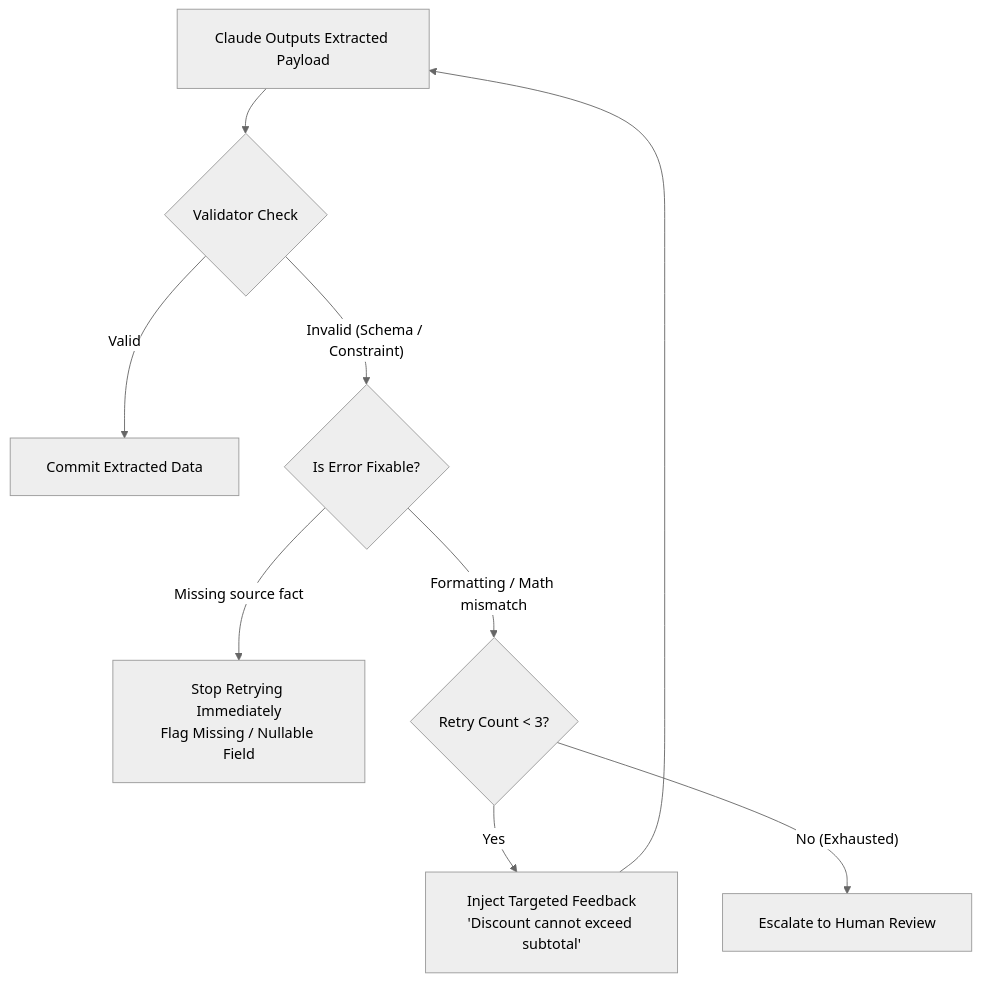
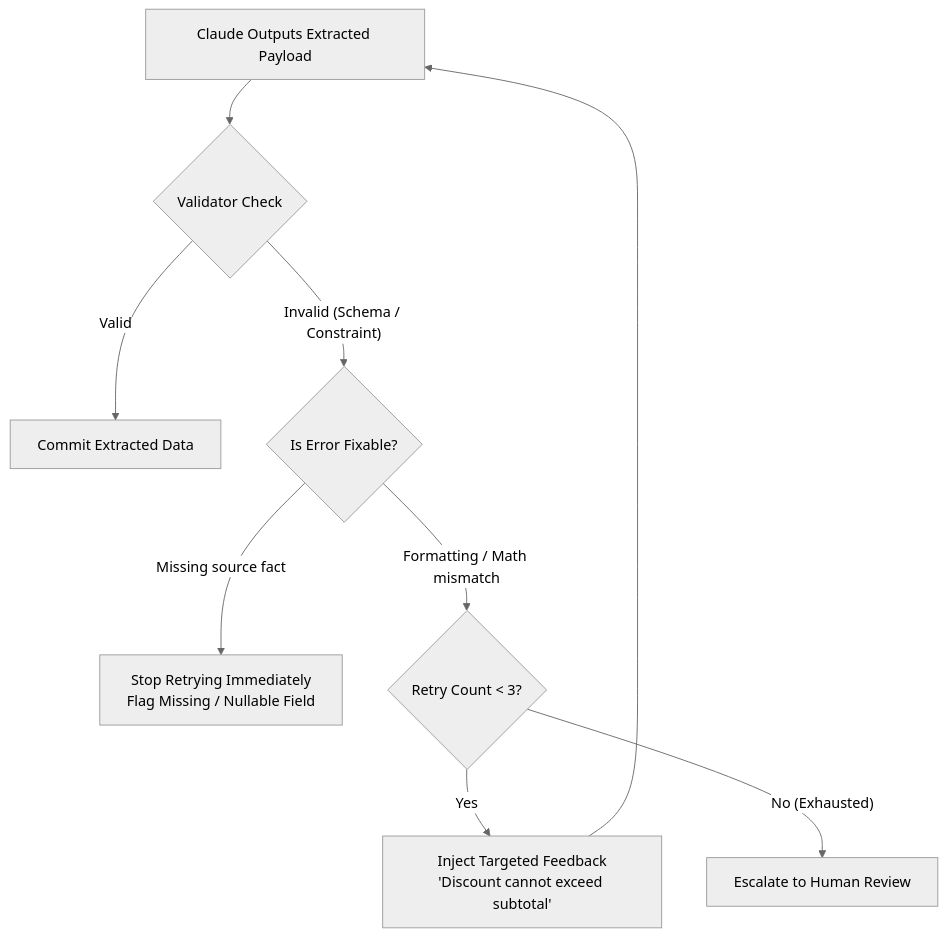
Before and after one commit to dip4k/claude_cert_architect_foundation_prep: the diagram in domain4/ts_4_4_validation_retry_feedback/README.md, drawn with Mermaid (neutral theme). The commit also changed 31 other files, not shown here.

First line of the commit message:
docs(diagrams): fix GitHub Mermaid rendering cut-off, wrappingWidth, and entity escapes across all 32 docs

````diff
--- a/domain4/ts_4_4_validation_retry_feedback/README.md
+++ b/domain4/ts_4_4_validation_retry_feedback/README.md
@@ -10,18 +10,18 @@
 ```mermaid
-%%{init: {"flowchart": {"htmlLabels": true, "padding": 20}}}%%
+%%{init: {"flowchart": {"htmlLabels": true, "wrappingWidth": 250}}}%%
 flowchart TD
     Extracted["Claude Outputs Extracted Payload"] --> Validator{"Validator Check"}
     
     Validator -- "Valid" --> Success["Commit Extracted Data"]
     
     Validator -- "Invalid (Schema / Constraint)" --> ErrorType{"Is Error Fixable?"}
     
     ErrorType -- "Missing source fact" --> FastFail["Stop Retrying Immediately<br/>Flag Missing / Nullable Field"]
     
-    ErrorType -- "Formatting / Math mismatch" --> RetryCount{"Retry Count < 3?"}
+    ErrorType -- "Formatting / Math mismatch" --> RetryCount{"Retry Count &lt; 3?"}
     
     RetryCount -- "Yes" --> FeedBack["Inject Targeted Feedback<br/>'Discount cannot exceed subtotal'"]
     FeedBack --> Extracted
     
     RetryCount -- "No (Exhausted)" --> Fallback["Escalate to Human Review"]
 ```
````
